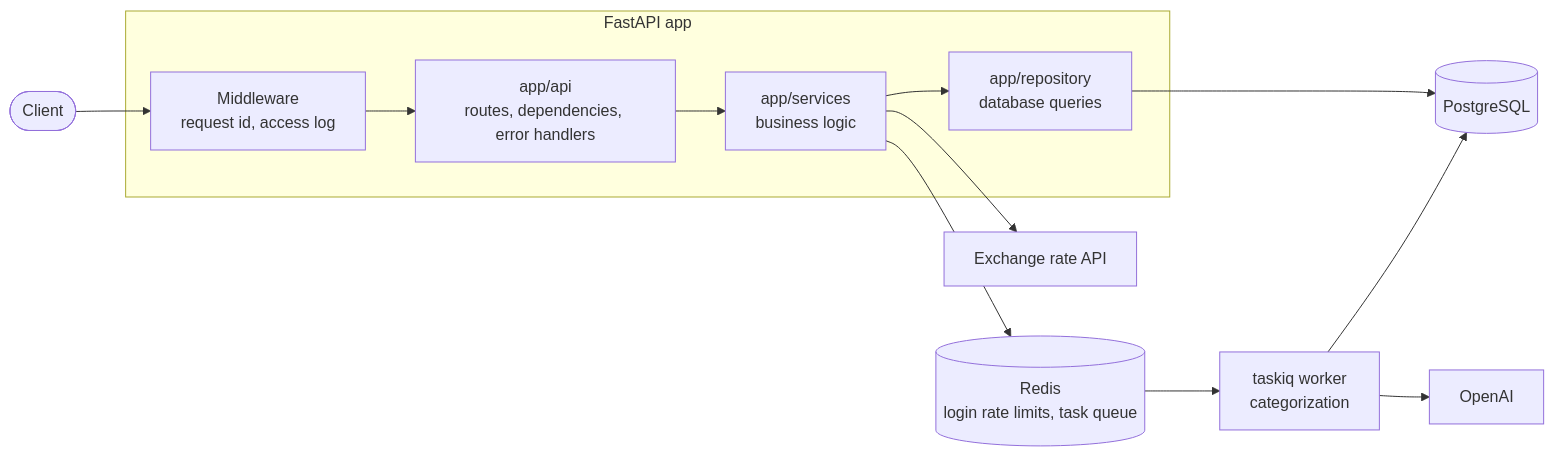
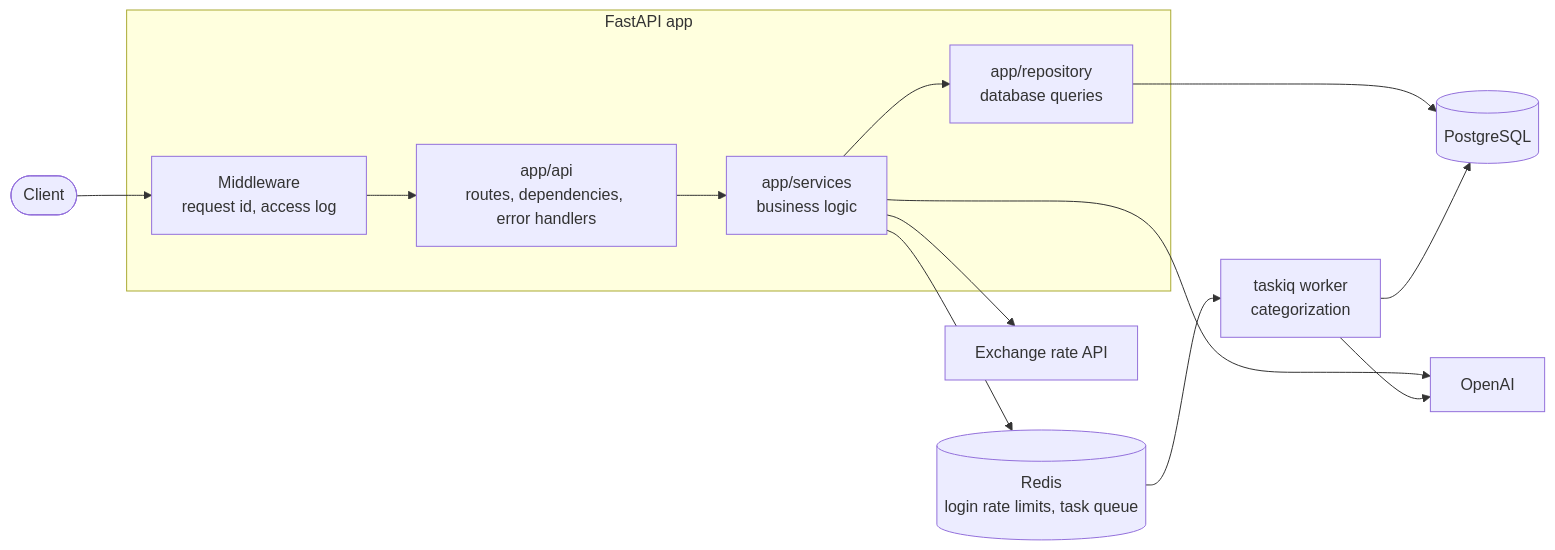
Before and after one commit to AntipinVlad/smart-wallet: the diagram in README.md, drawn with Mermaid. The commit also changed other lines of this file and 33 other files, not shown here.

````diff
--- a/README.md
+++ b/README.md
@@ -45,24 +49,25 @@
 ```mermaid
 flowchart LR
     client(["Client"])
     subgraph app["FastAPI app"]
         mw["Middleware<br/>request id, access log"]
         api["app/api<br/>routes, dependencies, error handlers"]
         services["app/services<br/>business logic"]
         repo["app/repository<br/>database queries"]
         mw --> api --> services --> repo
     end
     pg[("PostgreSQL")]
     redis[("Redis<br/>login rate limits, task queue")]
     fx["Exchange rate API"]
     worker["taskiq worker<br/>categorization"]
     ai["OpenAI"]
 
     client --> mw
     repo --> pg
     services --> redis
     services --> fx
+    services --> ai
     redis --> worker
     worker --> ai
     worker --> pg
 ```
````
